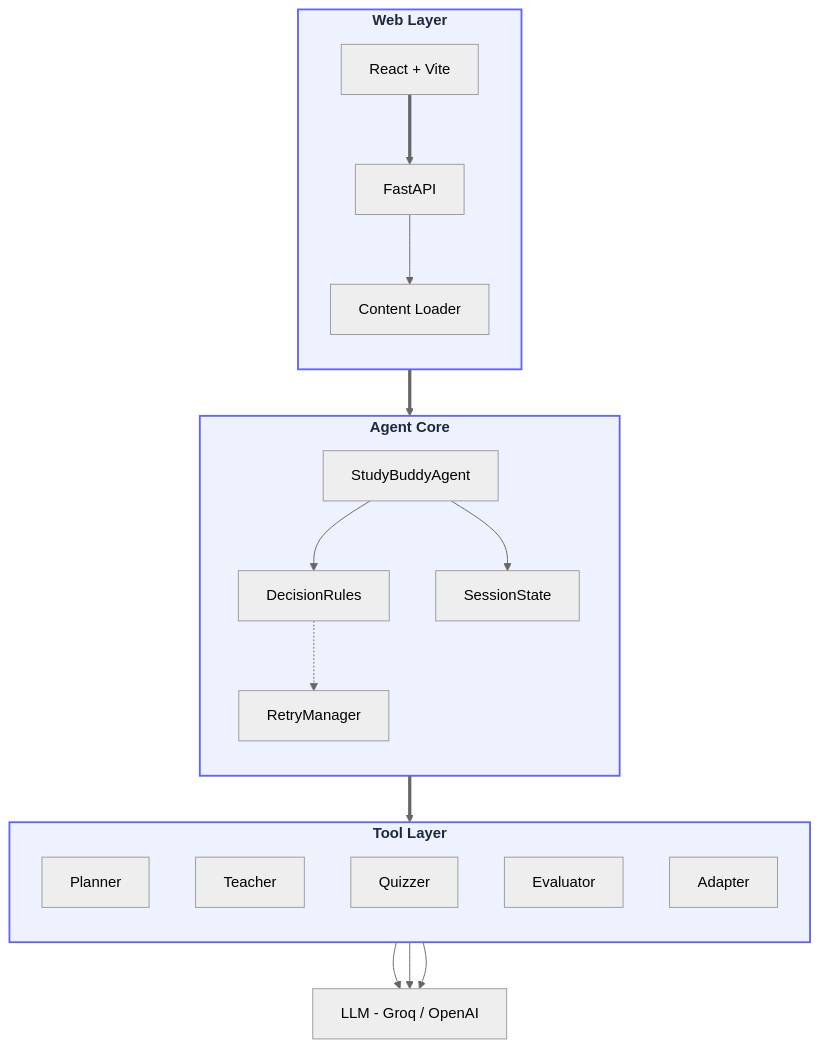
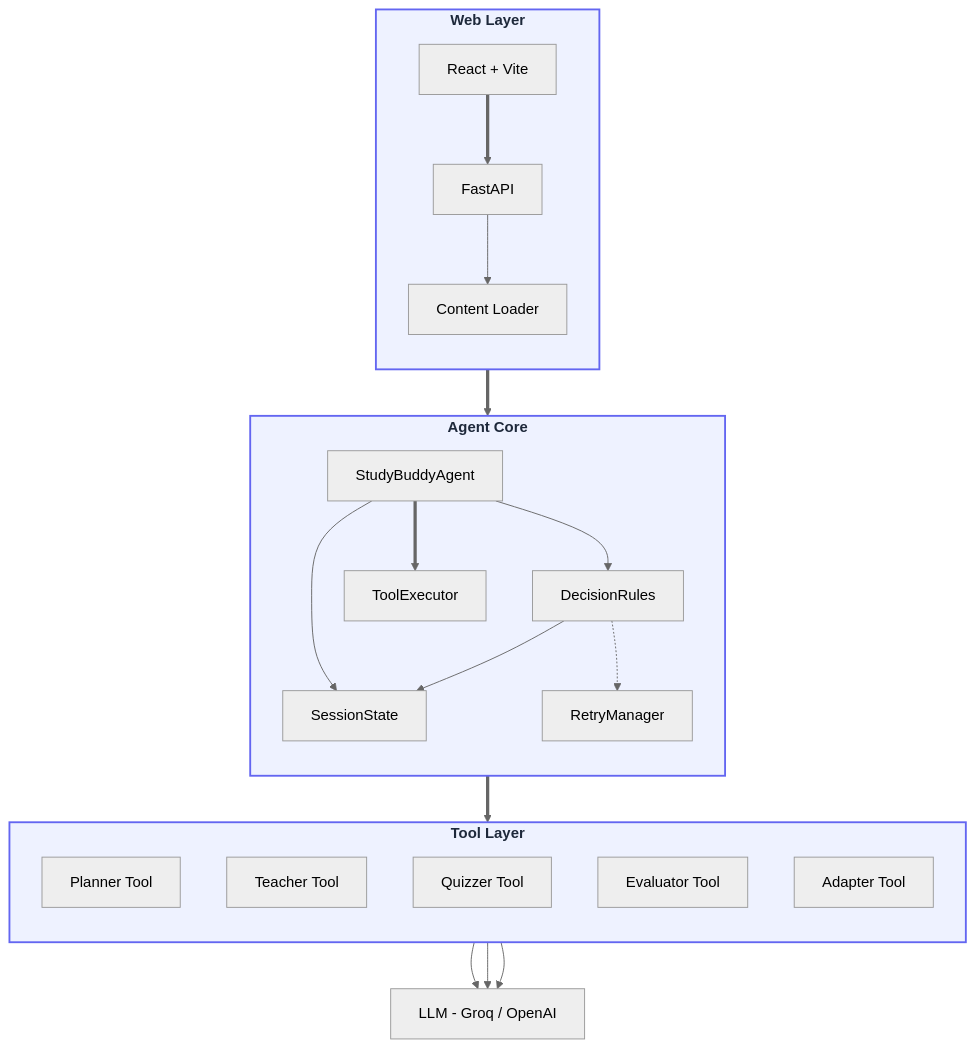
Before and after one commit to ebinzacharias/ez-agentic-study-buddy: the diagram in README.md, drawn with Mermaid (neutral theme). The commit also changed 1 other file, not shown here.

Commit message:
updates for the architecture diagram

````diff
--- a/README.md
+++ b/README.md
@@ -49,43 +49,46 @@
 ```mermaid
 flowchart TD
     classDef layer fill:#EEF2FF,stroke:#6366F1,stroke-width:2px,color:#1E293B,font-weight:bold
 
     subgraph Web[Web Layer]
         direction TB
         UI[React + Vite]
         API[FastAPI]
         CL[Content Loader]
     end
 
     subgraph Agent[Agent Core]
         direction TB
         SA[StudyBuddyAgent]
+        TE[ToolExecutor]
         DR[DecisionRules]
         SM[SessionState]
         RM[RetryManager]
     end
 
     subgraph Tools[Tool Layer]
         direction TB
-        PT[Planner]
-        TT[Teacher]
-        QT[Quizzer]
-        ET[Evaluator]
-        AT[Adapter]
+        PT[Planner Tool]
+        TT[Teacher Tool]
+        QT[Quizzer Tool]
+        ET[Evaluator Tool]
+        AT[Adapter Tool]
     end
 
     LLM[LLM - Groq / OpenAI]
 
     UI ==> API
     API --> CL
     API ==> SA
     SA --> DR
     SA --> SM
+    DR --> SM
     DR -.-> RM
-    SA ==> Tools
+    SA ==> TE
+    TE ==> Tools
     PT --> LLM
     TT --> LLM
     QT --> LLM
 
     class Web,Agent,Tools layer
 ```
````
